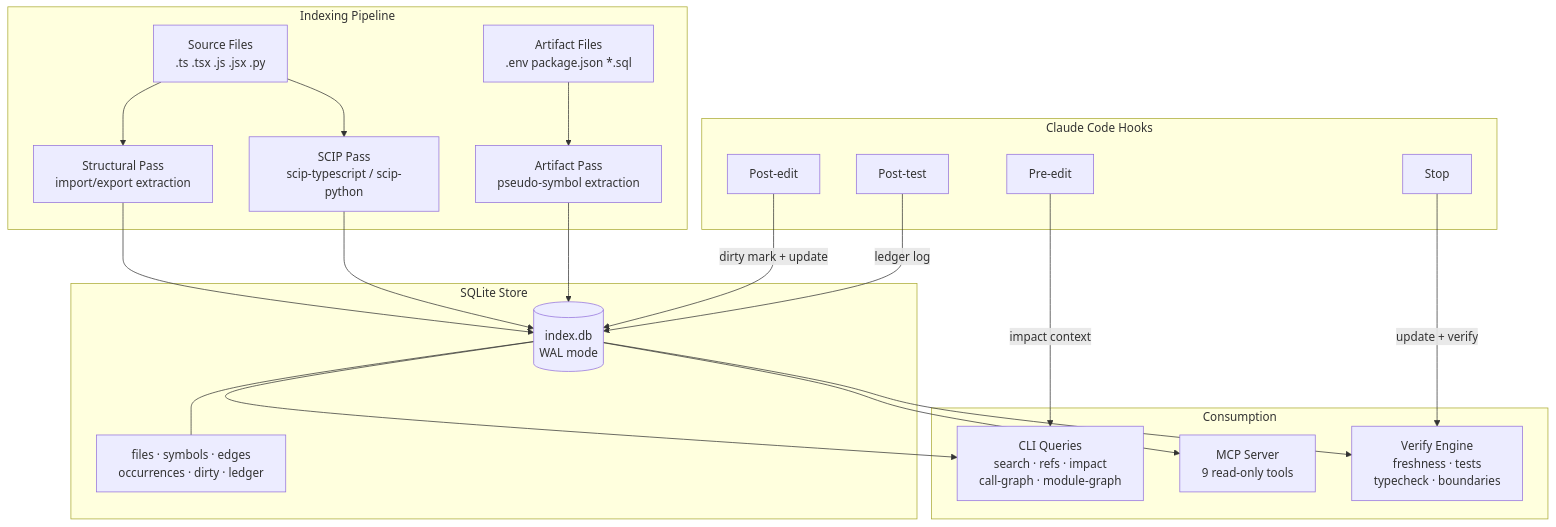
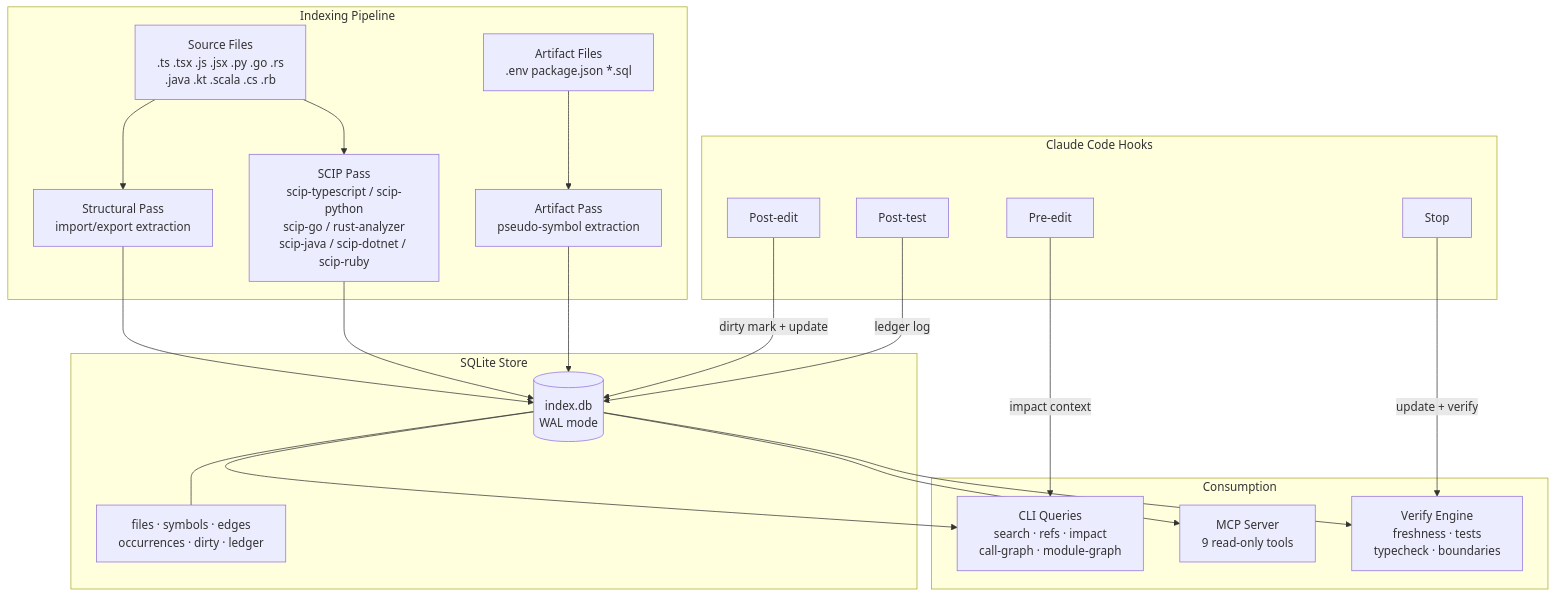
Before and after one commit to simonrueba/repograph: the diagram in README.md, drawn with Mermaid. The commit also changed other lines of this file and 20 other files, not shown here.

First line of the commit message:
feat: add Java, Kotlin, Scala, C#, and Ruby language support (#23)

````diff
--- a/README.md
+++ b/README.md
@@ -169,28 +169,28 @@
 ```mermaid
 graph TD
     subgraph Indexing Pipeline
-        A[Source Files<br>.ts .tsx .js .jsx .py] --> B[Structural Pass<br>import/export extraction]
-        A --> C[SCIP Pass<br>scip-typescript / scip-python]
+        A[Source Files<br>.ts .tsx .js .jsx .py .go .rs<br>.java .kt .scala .cs .rb] --> B[Structural Pass<br>import/export extraction]
+        A --> C[SCIP Pass<br>scip-typescript / scip-python<br>scip-go / rust-analyzer<br>scip-java / scip-dotnet / scip-ruby]
         D[Artifact Files<br>.env package.json *.sql] --> E[Artifact Pass<br>pseudo-symbol extraction]
     end
 
     subgraph SQLite Store
         B --> F[(index.db<br>WAL mode)]
         C --> F
         E --> F
         F --- G[files · symbols · edges<br>occurrences · dirty · ledger]
     end
 
     subgraph Consumption
         F --> H[CLI Queries<br>search · refs · impact<br>call-graph · module-graph]
         F --> I[MCP Server<br>9 read-only tools]
         F --> J[Verify Engine<br>freshness · tests<br>typecheck · boundaries]
     end
 
     subgraph Claude Code Hooks
         K[Pre-edit] -->|impact context| H
         L[Post-edit] -->|dirty mark + update| F
         M[Post-test] -->|ledger log| F
         N[Stop] -->|update + verify| J
     end
 ```
````
